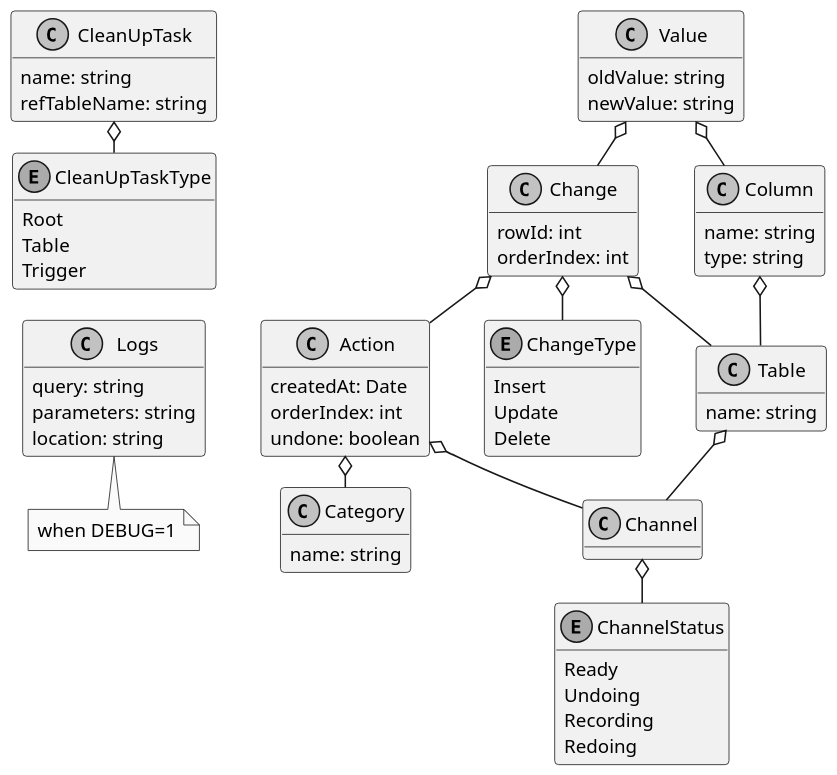
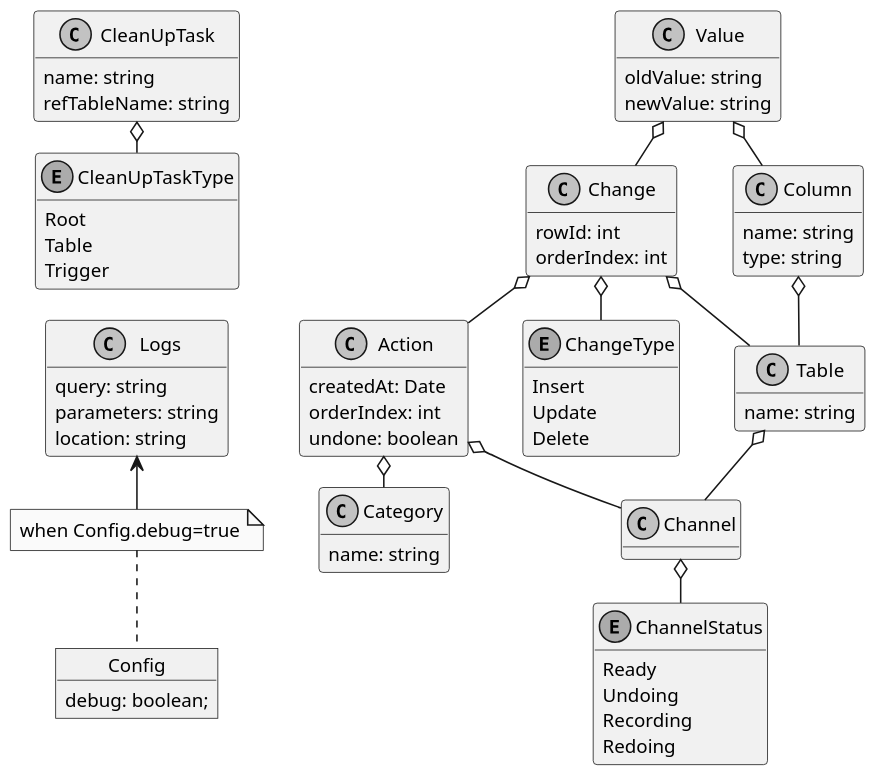
Before and after one commit to Lotes/sqlite-undo-log: the diagram in docs/tables.puml, drawn with PlantUML. The commit also changed 6 other files, not shown here.

```diff
--- a/docs/tables.puml
+++ b/docs/tables.puml
@@ -1,90 +1,95 @@
 @startuml Tables
 skinparam monochrome true
 skinparam ranksep 20
 skinparam dpi 150
 skinparam packageTitleAlignment left
 skinparam usecaseBorderThickness 0.4
 skinparam defaultFontSize 12
 skinparam rectangleBorderThickness 1
 hide methods
 
 class Category {
   name: string
 }
 
 class Action {
   createdAt: Date
   orderIndex: int
   undone: boolean
 }
 
 class Change {
   rowId: int
   orderIndex: int
 }
 
 enum ChangeType {
   Insert
   Update
   Delete
 }
 
 class Table {
   name: string
 }
 
 class Column {
   name: string
   type: string
 }
 
 class Value {
   oldValue: string
   newValue: string
 }
 
 class Channel {
 }
 
 enum ChannelStatus {
   Ready
   Undoing
   Recording
   Redoing
 }
 
 class CleanUpTask {
   name: string
   refTableName: string
 }
 
 enum CleanUpTaskType {
   Root
   Table
   Trigger
 }
 
 class Logs {
   query: string
   parameters: string
   location: string
 }
 
+object Config {
+  debug: boolean;
+}
+
 note as NoteLogs
-when DEBUG=1
+when Config.debug=true
 end note
 
 Channel o-- ChannelStatus
 Action o-- Channel
 Action o-- Category
 Change o-- Table
 Change o-- Action
 Change o-- ChangeType
 Table o-- Channel
 Column o-- Table 
 Value o-- Column
 Value o-- Change
 CleanUpTask o-- CleanUpTaskType
 Logs -[hidden]up- CleanUpTaskType
-NoteLogs -[hidden]up- Logs 
+NoteLogs -up-> Logs 
+NoteLogs .down. Config 
 @enduml
```
